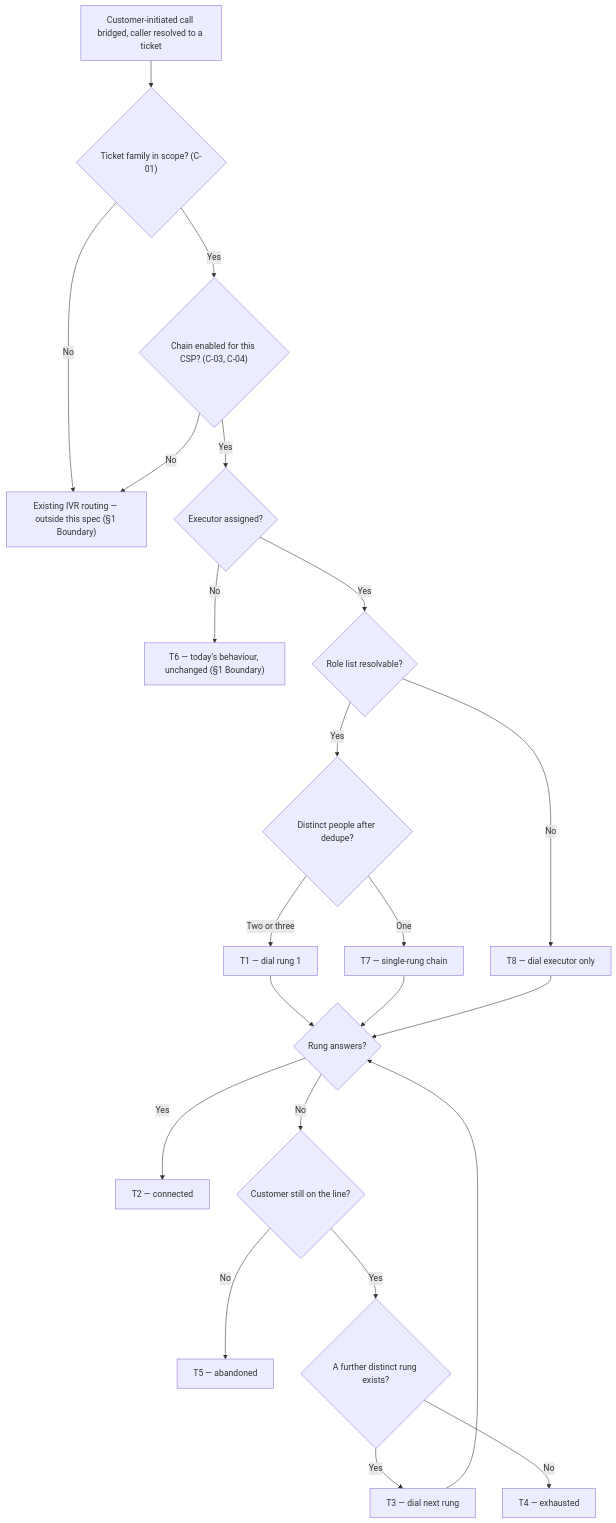
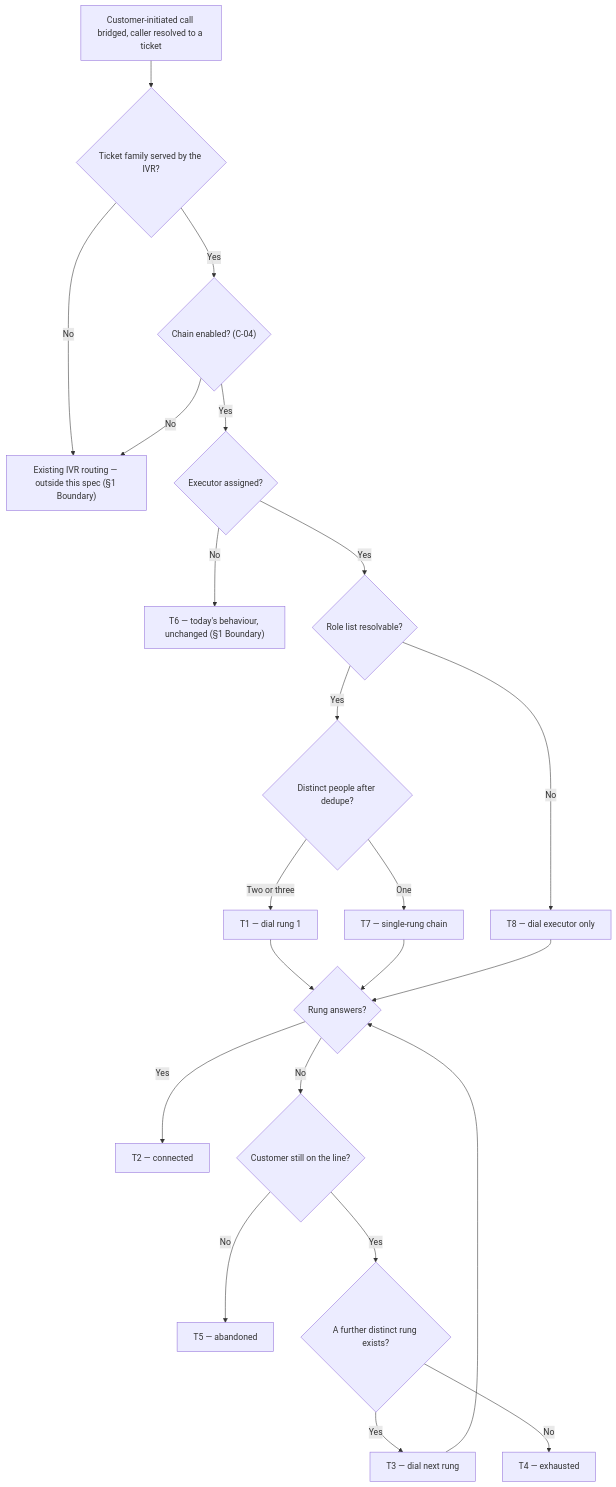
One commit to ashish-raj-wiom/ivr-escalation-chain changed the diagram in IVR_Escalation_Chain_PRD.md. Above: the diagram before and after it, drawn with Mermaid. The commit also changed other lines of this file and 1 other file, not shown here.

````diff
--- a/IVR_Escalation_Chain_PRD.md
+++ b/IVR_Escalation_Chain_PRD.md
@@ -74,24 +74,24 @@
 ```mermaid
 flowchart TD
-    A["Customer-initiated call bridged, caller resolved to a ticket"] --> B{"Ticket family in scope? (C-01)"}
+    A["Customer-initiated call bridged, caller resolved to a ticket"] --> B{"Ticket family served by the IVR?"}
     B -- "No" --> C["Existing IVR routing — outside this spec (§1 Boundary)"]
-    B -- "Yes" --> D{"Chain enabled for this CSP? (C-03, C-04)"}
+    B -- "Yes" --> D{"Chain enabled? (C-04)"}
     D -- "No" --> C
     D -- "Yes" --> E{"Executor assigned?"}
     E -- "No" --> F["T6 — today's behaviour, unchanged (§1 Boundary)"]
     E -- "Yes" --> G{"Role list resolvable?"}
     G -- "No" --> H["T8 — dial executor only"]
     G -- "Yes" --> I{"Distinct people after dedupe?"}
     I -- "One" --> J["T7 — single-rung chain"]
     I -- "Two or three" --> K["T1 — dial rung 1"]
     K --> L{"Rung answers?"}
     J --> L
     H --> L
     L -- "Yes" --> M["T2 — connected"]
     L -- "No" --> N{"Customer still on the line?"}
     N -- "No" --> O["T5 — abandoned"]
     N -- "Yes" --> P{"A further distinct rung exists?"}
     P -- "Yes" --> Q["T3 — dial next rung"]
     Q --> L
     P -- "No" --> R["T4 — exhausted"]
 ```
````
